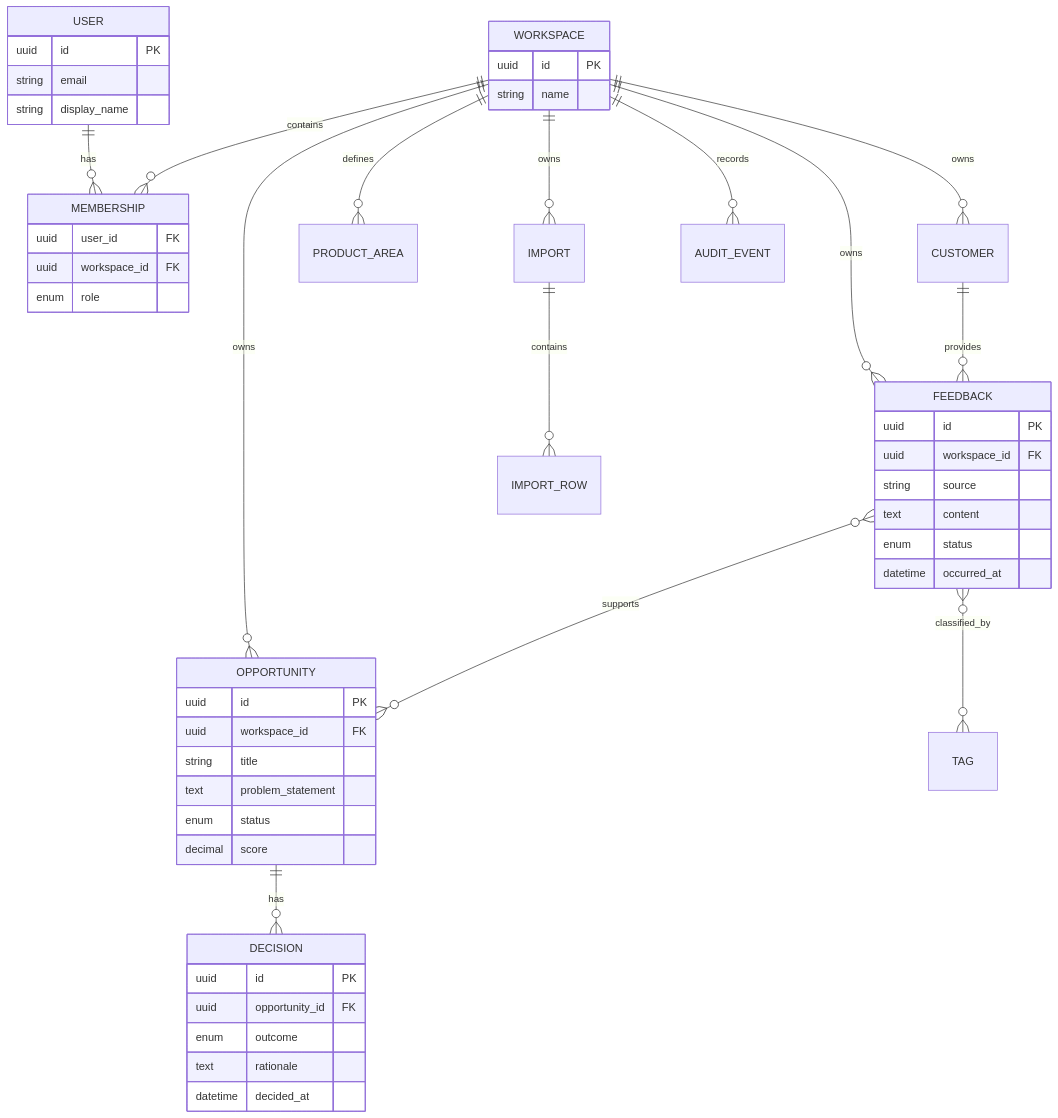
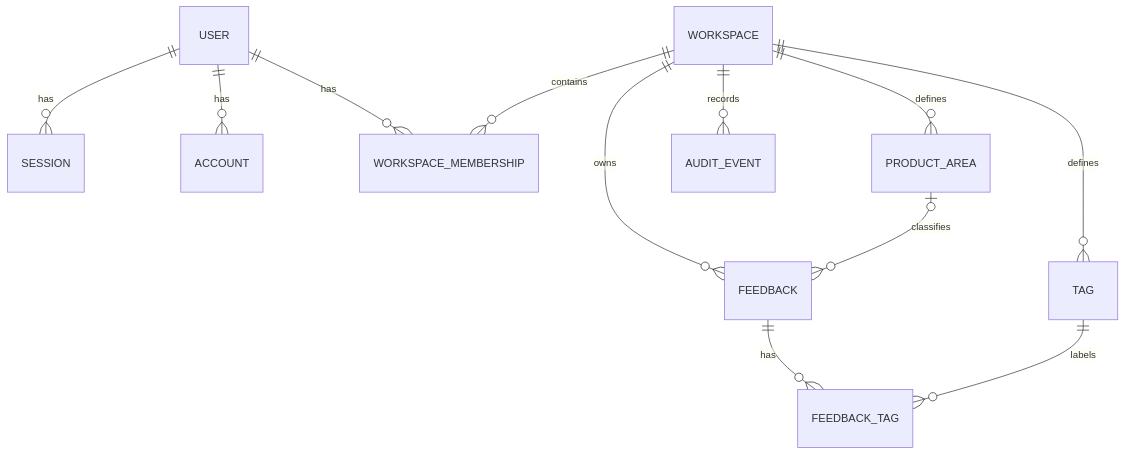
The diagram in docs/DATA_MODEL.md (Dmitrii-Lobanov/signaldesk), drawn with Mermaid before and after one commit. The commit also changed other lines of this file, not shown here.

Commit message:
docs: align data model with implemented schema

````diff
--- a/docs/DATA_MODEL.md
+++ b/docs/DATA_MODEL.md
@@ -11,54 +33,14 @@
 ```mermaid
 erDiagram
-    USER ||--o{ MEMBERSHIP : has
-    WORKSPACE ||--o{ MEMBERSHIP : contains
-    WORKSPACE ||--o{ CUSTOMER : owns
+    USER ||--o{ SESSION : has
+    USER ||--o{ ACCOUNT : has
+    USER ||--o{ WORKSPACE_MEMBERSHIP : has
+    WORKSPACE ||--o{ WORKSPACE_MEMBERSHIP : contains
     WORKSPACE ||--o{ FEEDBACK : owns
-    WORKSPACE ||--o{ OPPORTUNITY : owns
     WORKSPACE ||--o{ PRODUCT_AREA : defines
-    CUSTOMER ||--o{ FEEDBACK : provides
-    FEEDBACK }o--o{ TAG : classified_by
-    FEEDBACK }o--o{ OPPORTUNITY : supports
-    OPPORTUNITY ||--o{ DECISION : has
-    IMPORT ||--o{ IMPORT_ROW : contains
-    WORKSPACE ||--o{ IMPORT : owns
+    WORKSPACE ||--o{ TAG : defines
     WORKSPACE ||--o{ AUDIT_EVENT : records
-
-    USER {
-      uuid id PK
-      string email
-      string display_name
-    }
-    WORKSPACE {
-      uuid id PK
-      string name
-    }
-    MEMBERSHIP {
-      uuid user_id FK
-      uuid workspace_id FK
-      enum role
-    }
-    FEEDBACK {
-      uuid id PK
-      uuid workspace_id FK
-      string source
-      text content
-      enum status
-      datetime occurred_at
-    }
-    OPPORTUNITY {
-      uuid id PK
-      uuid workspace_id FK
-      string title
-      text problem_statement
-      enum status
-      decimal score
-    }
-    DECISION {
-      uuid id PK
-      uuid opportunity_id FK
-      enum outcome
-      text rationale
-      datetime decided_at
-    }
+    PRODUCT_AREA o|--o{ FEEDBACK : classifies
+    FEEDBACK ||--o{ FEEDBACK_TAG : has
+    TAG ||--o{ FEEDBACK_TAG : labels
 ```
````
